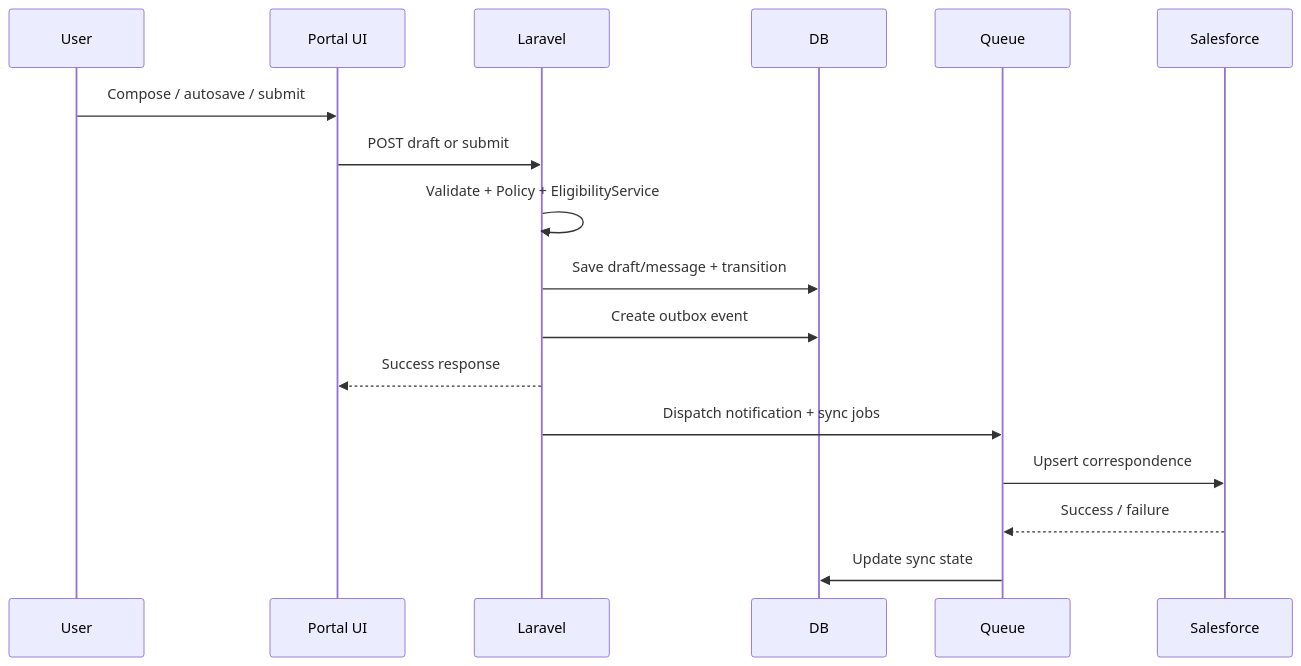
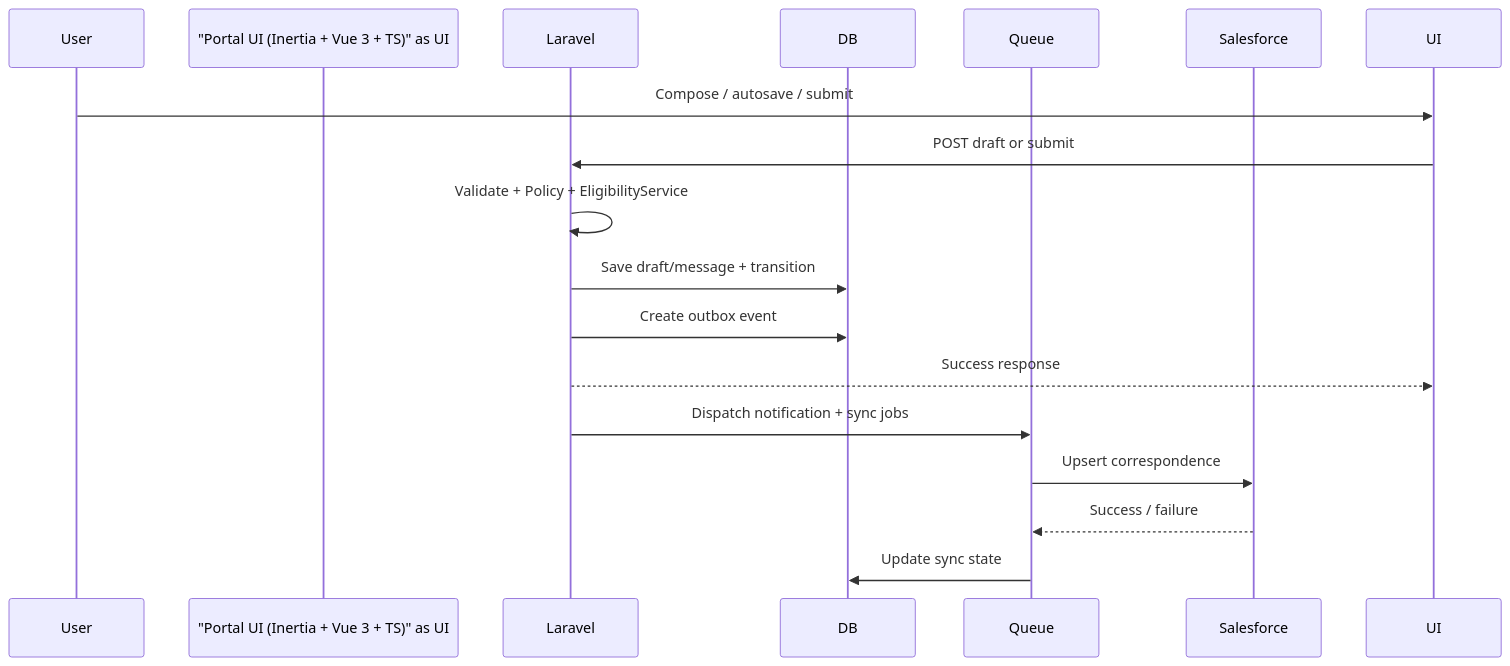
Before and after one commit to Nashon-Juma/PYPY: the first of 2 diagrams in test.md, drawn with Mermaid.

Commit message:
Update participant name in sequence diagram

````diff
--- a/test.md
+++ b/test.md
@@ -3,25 +3,20 @@
 ```mermaid
 sequenceDiagram
     participant User
-    participant UI as Portal UI
+    participant "Portal UI (Inertia + Vue 3 + TS)" as UI
     participant Laravel
     participant DB
     participant Queue
     participant Salesforce
 
     User->>UI: Compose / autosave / submit
     UI->>Laravel: POST draft or submit
-
     Laravel->>Laravel: Validate + Policy + EligibilityService
-
     Laravel->>DB: Save draft/message + transition
     Laravel->>DB: Create outbox event
-
     Laravel-->>UI: Success response
-
     Laravel->>Queue: Dispatch notification + sync jobs
     Queue->>Salesforce: Upsert correspondence
-
     Salesforce-->>Queue: Success / failure
     Queue->>DB: Update sync state
 ```
````
